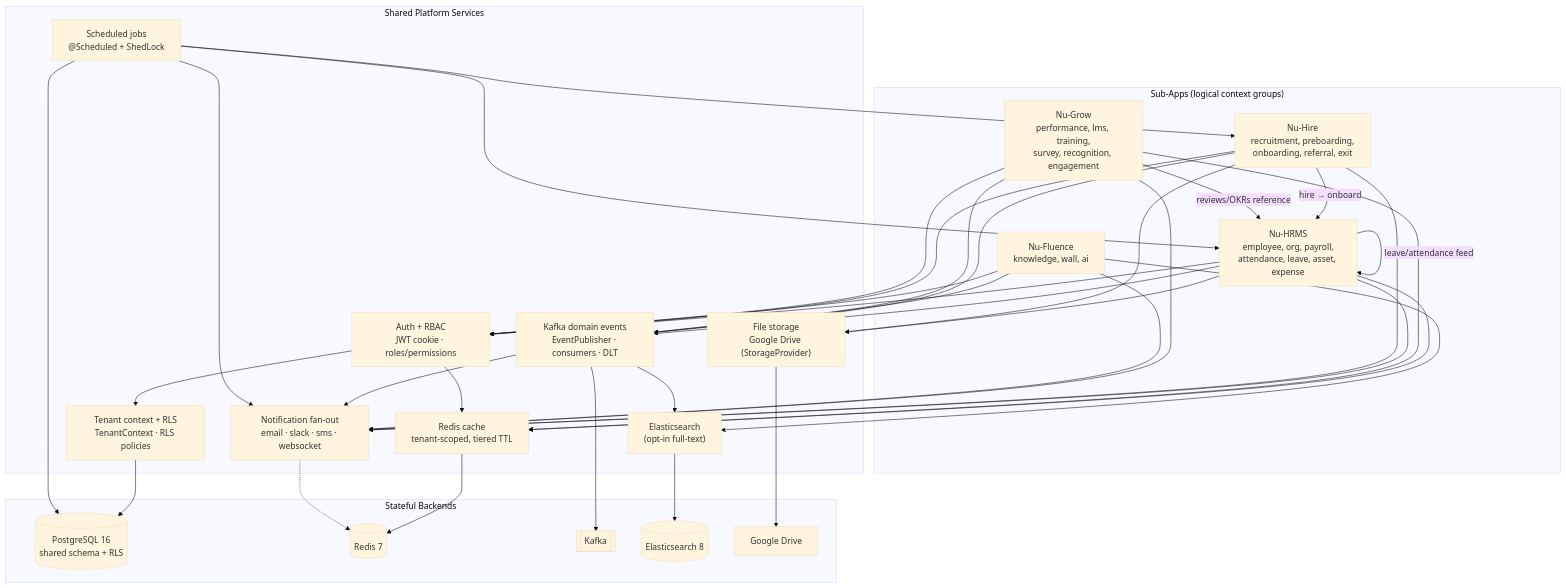
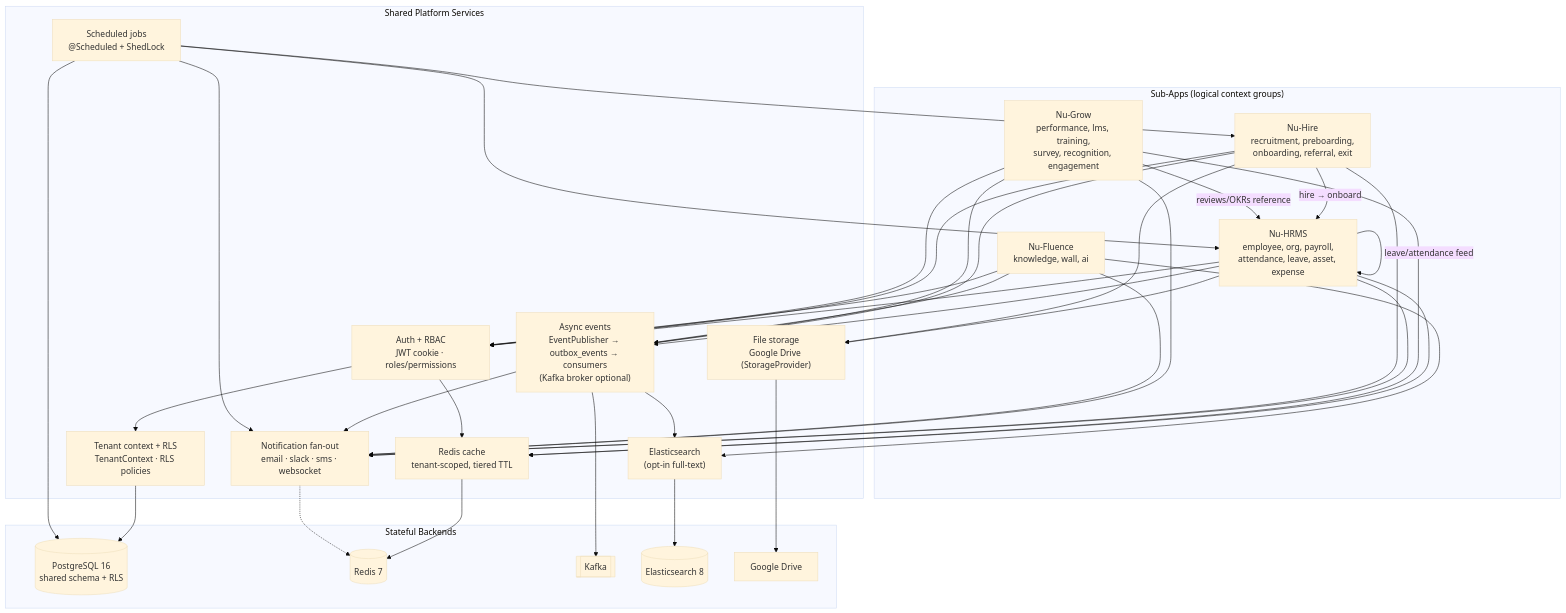
One commit to fayaz30395/nu-aura changed the diagram in docs/obsidian/12-Knowledge-Graph/Module-Relationships.md. Above: the diagram before and after it, drawn with Mermaid (base theme). The commit also changed other lines of this file and 45 other files, not shown here.

````diff
--- a/docs/obsidian/12-Knowledge-Graph/Module-Relationships.md
+++ b/docs/obsidian/12-Knowledge-Graph/Module-Relationships.md
@@ -36,70 +37,70 @@
 ```mermaid
 graph TD
     subgraph subapps["Sub-Apps (logical context groups)"]
         HRMS["Nu-HRMS<br/>employee, org, payroll,<br/>attendance, leave, asset, expense"]
         HIRE["Nu-Hire<br/>recruitment, preboarding,<br/>onboarding, referral, exit"]
         GROW["Nu-Grow<br/>performance, lms, training,<br/>survey, recognition, engagement"]
         FLUENCE["Nu-Fluence<br/>knowledge, wall, ai"]
     end
 
     subgraph platform["Shared Platform Services"]
         AUTH["Auth + RBAC<br/>JWT cookie · roles/permissions"]
         TENANT["Tenant context + RLS<br/>TenantContext · RLS policies"]
         NOTIF["Notification fan-out<br/>email · slack · sms · websocket"]
-        KAFKA["Kafka domain events<br/>EventPublisher · consumers · DLT"]
+        KAFKA["Async events<br/>EventPublisher → outbox_events → consumers<br/>(Kafka broker optional)"]
         STORE["File storage<br/>Google Drive (StorageProvider)"]
         SEARCH["Elasticsearch<br/>(opt-in full-text)"]
         SCHED["Scheduled jobs<br/>@Scheduled + ShedLock"]
         CACHE["Redis cache<br/>tenant-scoped, tiered TTL"]
     end
 
     subgraph stores["Stateful Backends"]
         PG[("PostgreSQL 16<br/>shared schema + RLS")]
         REDIS[("Redis 7")]
         KQ[["Kafka"]]
         ES[("Elasticsearch 8")]
         GD["Google Drive"]
     end
 
     HRMS --> AUTH
     HIRE --> AUTH
     GROW --> AUTH
     FLUENCE --> AUTH
     AUTH --> TENANT
 
     HRMS --> KAFKA
     HIRE --> KAFKA
     GROW --> KAFKA
     FLUENCE --> KAFKA
 
     HIRE -->|hire → onboard| HRMS
     GROW -->|reviews/OKRs reference| HRMS
     HRMS -->|leave/attendance feed| HRMS
 
     HRMS --> NOTIF
     HIRE --> NOTIF
     GROW --> NOTIF
     FLUENCE --> NOTIF
     KAFKA --> NOTIF
 
     HRMS --> STORE
     HIRE --> STORE
     FLUENCE --> SEARCH
     KAFKA --> SEARCH
 
     HRMS --> CACHE
     GROW --> CACHE
     AUTH --> CACHE
 
     SCHED --> HRMS
     SCHED --> HIRE
     SCHED --> NOTIF
 
     TENANT --> PG
     CACHE --> REDIS
     NOTIF -.-> REDIS
     KAFKA --> KQ
     SEARCH --> ES
     STORE --> GD
     SCHED --> PG
 ```
````
